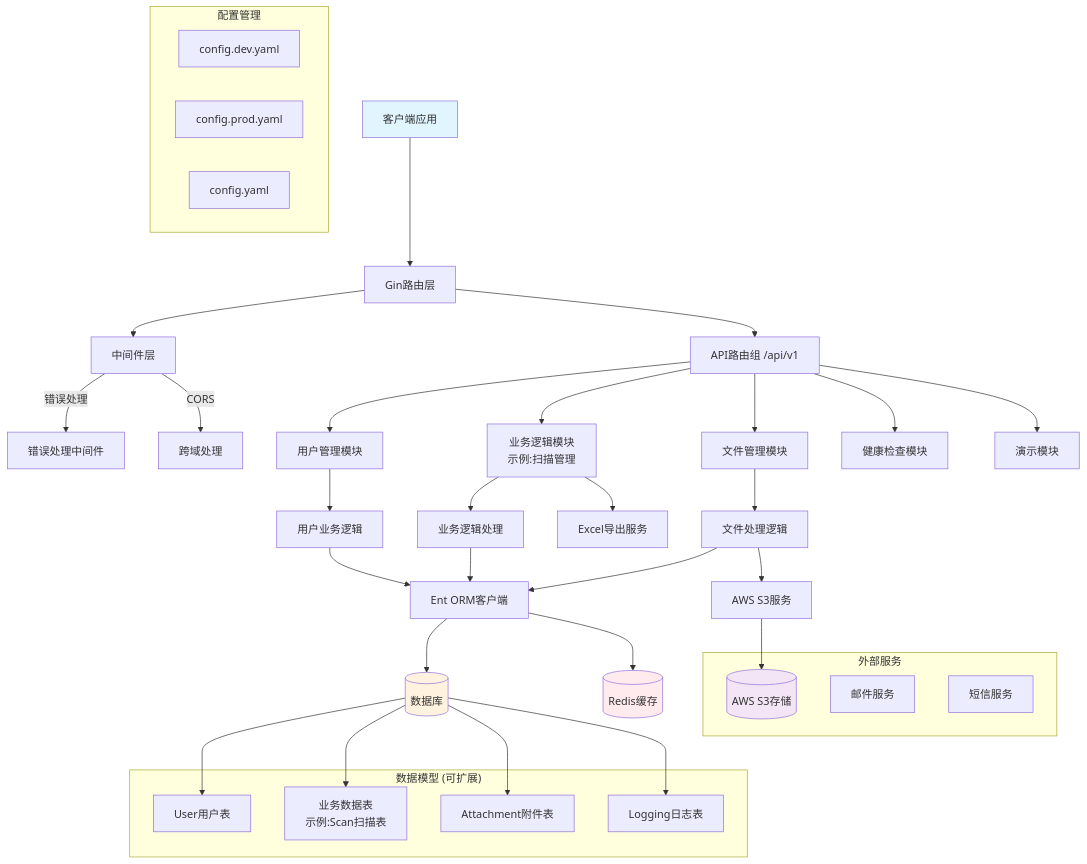
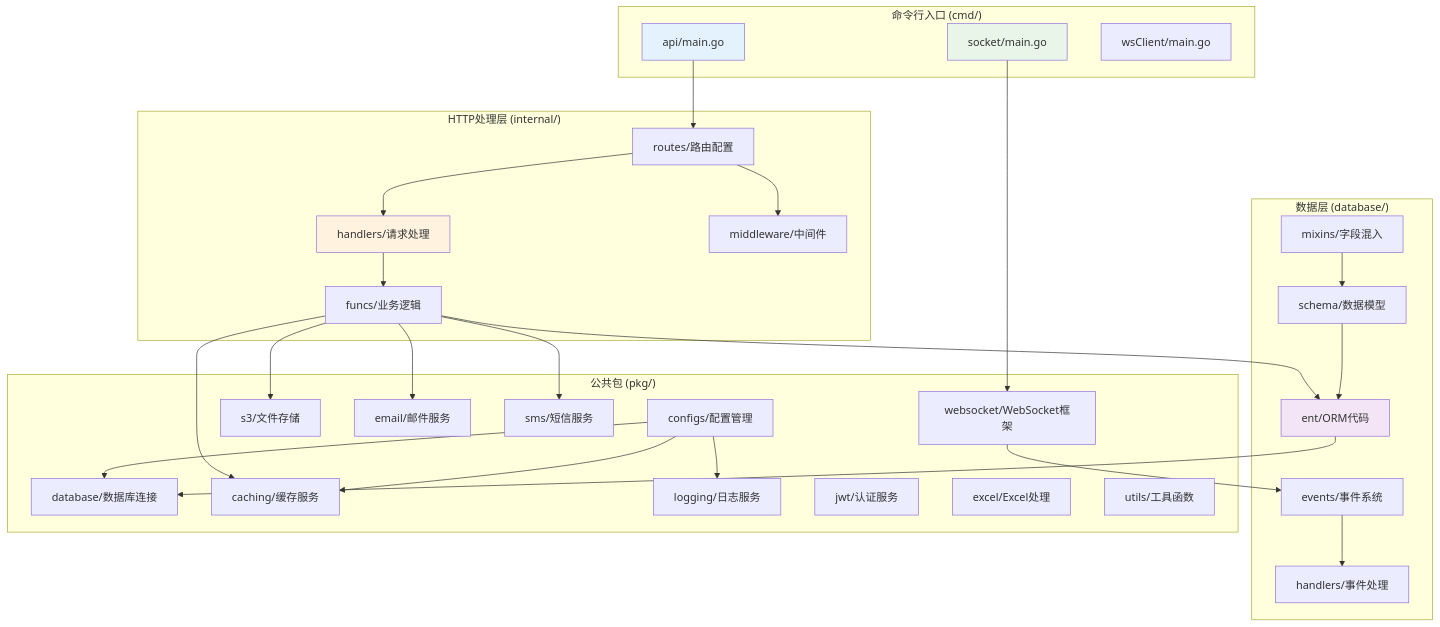
One commit to pqcqaq/qc-admin-go-backend changed the fifth of 7 diagrams in README.md. Above: the diagram before and after it, drawn with Mermaid. The commit also changed other lines of this file and 1 other file, not shown here.

````diff
--- a/README.md
+++ b/README.md
@@ -34,60 +321,64 @@
 ```mermaid
-graph TB
-    Client[客户端应用] --> Router[Gin路由层]
-    
-    Router --> MW[中间件层]
-    MW --> |错误处理| ErrorHandler[错误处理中间件]
-    MW --> |CORS| CORSHandler[跨域处理]
-    
-    Router --> API[API路由组 /api/v1]
-    
-    API --> UserHandler[用户管理模块]
-    API --> BusinessHandler[业务逻辑模块<br/>示例:扫描管理]
-    API --> AttachmentHandler[文件管理模块]
-    API --> HealthHandler[健康检查模块]
-    API --> DemoHandler[演示模块]
-    
-    UserHandler --> UserFunc[用户业务逻辑]
-    BusinessHandler --> BusinessFunc[业务逻辑处理]
-    AttachmentHandler --> AttachmentFunc[文件处理逻辑]
-    
-    UserFunc --> EntClient[Ent ORM客户端]
-    BusinessFunc --> EntClient
-    AttachmentFunc --> EntClient
-    AttachmentFunc --> S3Service[AWS S3服务]
-    BusinessHandler --> ExcelService[Excel导出服务]
-    
-    EntClient --> Database[(数据库)]
-    EntClient --> Redis[(Redis缓存)]
-    
-    subgraph "数据模型 (可扩展)"
-        UserSchema[User用户表]
-        BusinessSchema[业务数据表<br/>示例:Scan扫描表]
-        AttachmentSchema[Attachment附件表]
-        LoggingSchema[Logging日志表]
+graph TD
+    subgraph "命令行入口 (cmd/)"
+        API[api/main.go]
+        Socket[socket/main.go]
+        Client[wsClient/main.go]
     end
     
-    Database --> UserSchema
-    Database --> BusinessSchema
-    Database --> AttachmentSchema
-    Database --> LoggingSchema
-    
-    subgraph "外部服务"
-        S3[(AWS S3存储)]
-        Email[邮件服务]
-        SMS[短信服务]
+    subgraph "HTTP处理层 (internal/)"
+        Routes[routes/路由配置]
+        Handlers[handlers/请求处理]
+        Middleware[middleware/中间件]
+        Funcs[funcs/业务逻辑]
     end
     
-    S3Service --> S3
-    
-    subgraph "配置管理"
-        ConfigDev[config.dev.yaml]
-        ConfigProd[config.prod.yaml]
-        ConfigDefault[config.yaml]
+    subgraph "数据层 (database/)"
+        Schema[schema/数据模型]
+        Ent[ent/ORM代码]
+        Events[events/事件系统]
+        DBHandlers[handlers/事件处理]
+        Mixins[mixins/字段混入]
     end
     
-    style Client fill:#e1f5fe
-    style Database fill:#fff3e0
-    style Redis fill:#ffebee
-    style S3 fill:#f3e5f5
+    subgraph "公共包 (pkg/)"
+        Config[configs/配置管理]
+        DB[database/数据库连接]
+        Cache[caching/缓存服务]
+        Log[logging/日志服务]
+        S3[s3/文件存储]
+        Email[email/邮件服务]
+        SMS[sms/短信服务]
+        JWT[jwt/认证服务]
+        Excel[excel/Excel处理]
+        WS[websocket/WebSocket框架]
+        Utils[utils/工具函数]
+    end
+    
+    API --> Routes
+    Socket --> WS
+    Routes --> Handlers
+    Routes --> Middleware
+    Handlers --> Funcs
+    Funcs --> Ent
+    Funcs --> Cache
+    Funcs --> S3
+    Funcs --> Email
+    Funcs --> SMS
+    
+    Schema --> Ent
+    Events --> DBHandlers
+    Mixins --> Schema
+    
+    Config --> DB
+    Config --> Cache
+    Config --> Log
+    
+    Ent --> DB
+    WS --> Events
+    
+    style API fill:#e3f2fd
+    style Socket fill:#e8f5e8
+    style Handlers fill:#fff3e0
+    style Ent fill:#f3e5f5
 ```
````
